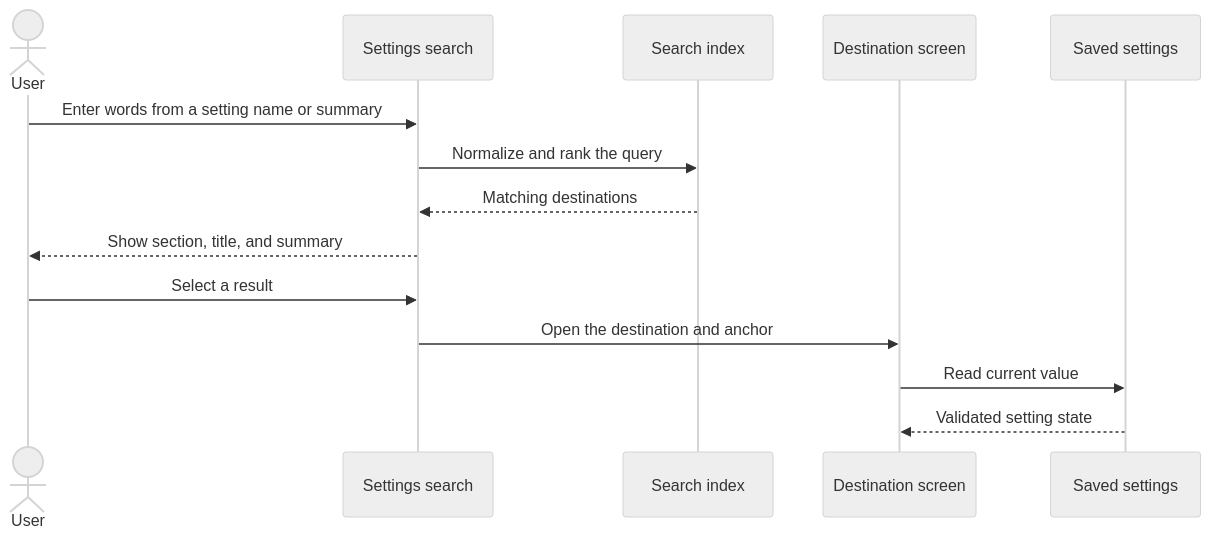
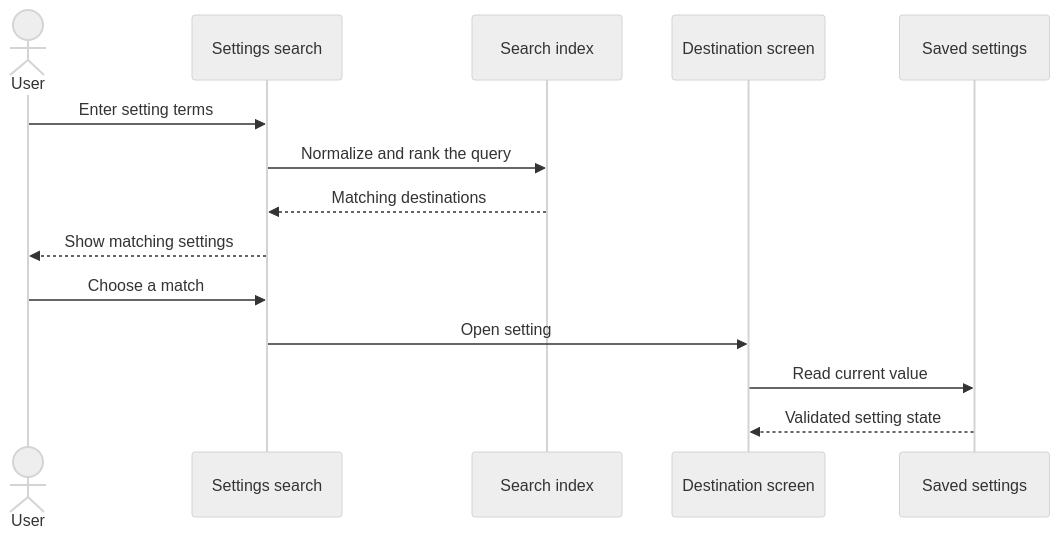
Before and after one commit to FancyCorey/komikku-KMK: the third of 4 diagrams in docs/kmk/feature-guides/configuring-personalized-recommendations.md, drawn with Mermaid (neutral theme). The commit also changed other lines of this file and 9 other files, not shown here.

Commit message:
Improve Mermaid diagram readability

````diff
--- a/docs/kmk/feature-guides/configuring-personalized-recommendations.md
+++ b/docs/kmk/feature-guides/configuring-personalized-recommendations.md
@@ -56,17 +56,17 @@
 ```mermaid
 sequenceDiagram
     actor User
     participant Search as Settings search
     participant Index as Search index
     participant Screen as Destination screen
     participant Store as Saved settings
 
-    User->>Search: Enter words from a setting name or summary
+    User->>Search: Enter setting terms
     Search->>Index: Normalize and rank the query
     Index-->>Search: Matching destinations
-    Search-->>User: Show section, title, and summary
-    User->>Search: Select a result
-    Search->>Screen: Open the destination and anchor
+    Search-->>User: Show matching settings
+    User->>Search: Choose a match
+    Search->>Screen: Open setting
     Screen->>Store: Read current value
     Store-->>Screen: Validated setting state
 ```
````
